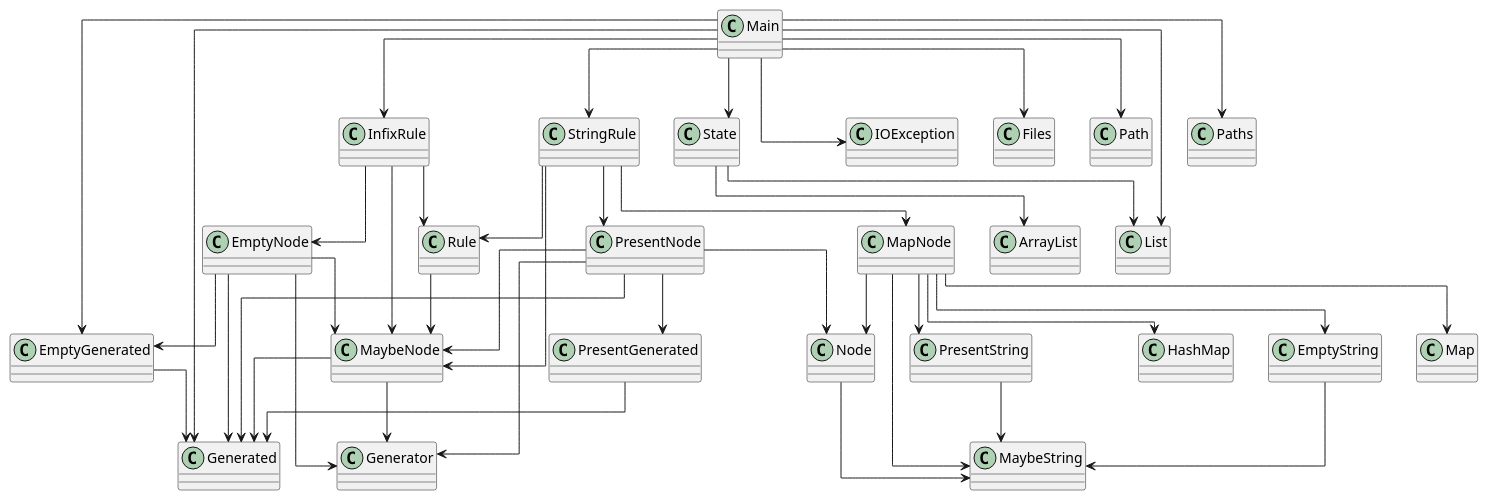
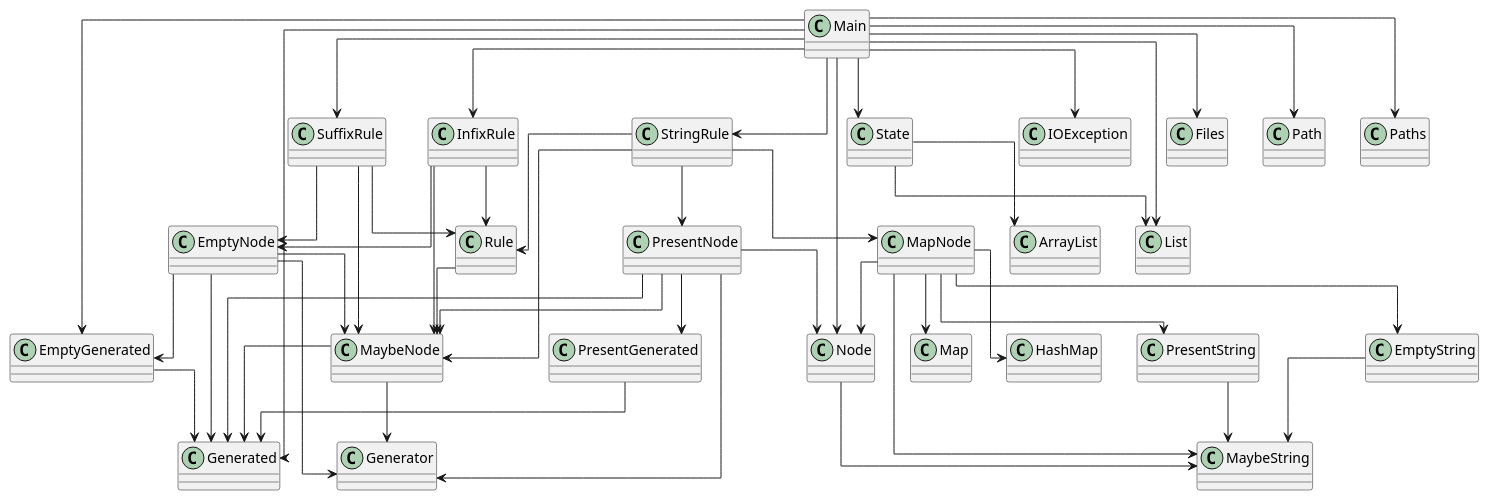
Before and after one commit to SirMathhman/Magma: the diagram in diagram.puml, drawn with PlantUML. The commit also changed 2 other files, not shown here.

Commit message:
SuffixRule

```diff
--- a/diagram.puml
+++ b/diagram.puml
@@ -1,62 +1,68 @@
 @startuml
 skinparam linetype ortho
 class Generated
 class Generator
 class MaybeNode
 MaybeNode --> Generated
 MaybeNode --> Generator
 class MaybeString
 class EmptyNode
 EmptyNode --> Generated
 EmptyNode --> Generator
 EmptyNode --> MaybeNode
 EmptyNode --> EmptyGenerated
 class PresentNode
 PresentNode --> Generated
 PresentNode --> Generator
 PresentNode --> Node
 PresentNode --> MaybeNode
 PresentNode --> PresentGenerated
 class EmptyString
 EmptyString --> MaybeString
 class PresentString
 PresentString --> MaybeString
 class MapNode
 MapNode --> MaybeString
 MapNode --> Node
 MapNode --> EmptyString
 MapNode --> PresentString
 MapNode --> HashMap
 MapNode --> Map
 class Node
 Node --> MaybeString
 class EmptyGenerated
 EmptyGenerated --> Generated
 class PresentGenerated
 PresentGenerated --> Generated
 class InfixRule
 InfixRule --> MaybeNode
 InfixRule --> Rule
 InfixRule --> EmptyNode
 class StringRule
 StringRule --> MaybeNode
 StringRule --> Rule
 StringRule --> MapNode
 StringRule --> PresentNode
+class SuffixRule
+SuffixRule --> Rule
+SuffixRule --> MaybeNode
+SuffixRule --> EmptyNode
 class Rule
 Rule --> MaybeNode
 class State
 State --> ArrayList
 State --> List
 class Main
 Main --> Generated
+Main --> Node
 Main --> State
+Main --> EmptyGenerated
 Main --> InfixRule
 Main --> StringRule
-Main --> EmptyGenerated
+Main --> SuffixRule
 Main --> IOException
 Main --> Files
 Main --> Path
 Main --> Paths
 Main --> List
 @enduml
```
